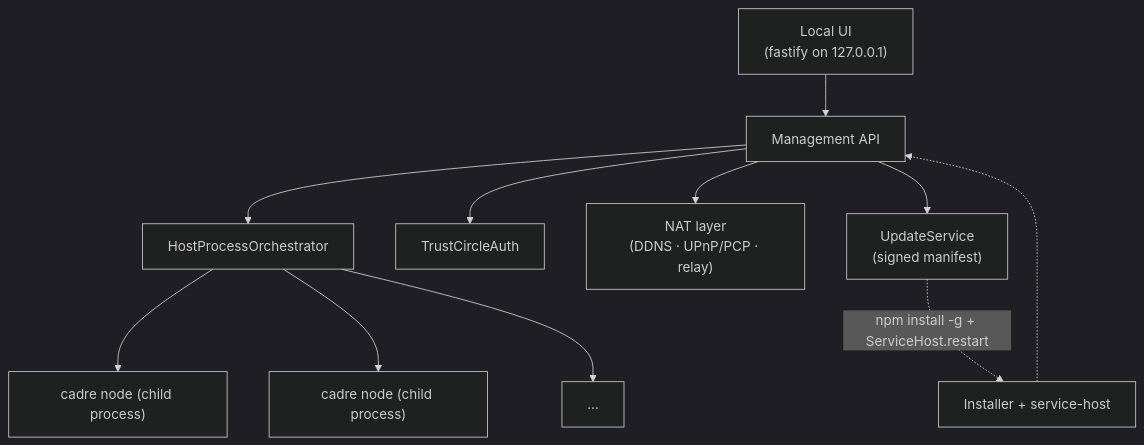
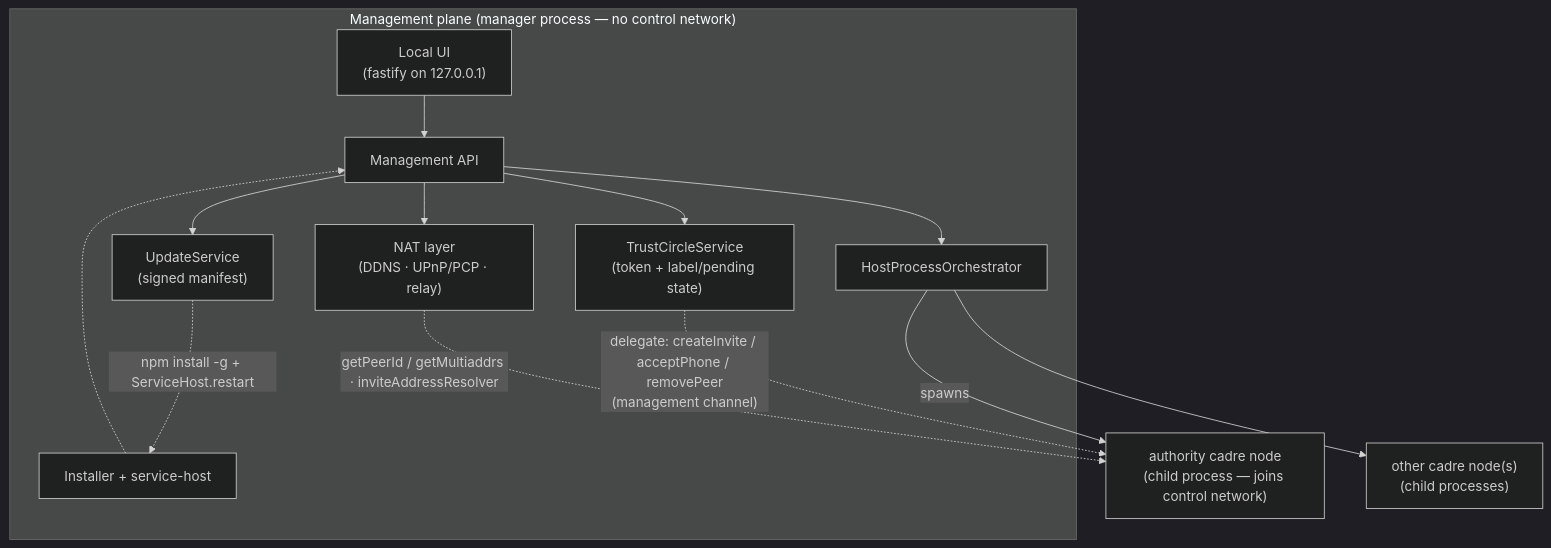
The second of 2 diagrams in docs/cadre-host.md (gotchoices/sereus), drawn with Mermaid (dark theme) before and after one commit. The commit also changed other lines of this file and 11 other files, not shown here.

````diff
--- a/docs/cadre-host.md
+++ b/docs/cadre-host.md
@@ -246,20 +261,23 @@
 ```mermaid
 graph TD
-    UI["Local UI<br/>(fastify on 127.0.0.1)"]
-    Mgmt["Management API"]
-    Orch["HostProcessOrchestrator"]
-    TC["TrustCircleAuth"]
-    NAT["NAT layer<br/>(DDNS · UPnP/PCP · relay)"]
-    Upd["UpdateService<br/>(signed manifest)"]
-    Install["Installer + service-host"]
+    subgraph MP["Management plane (manager process — no control network)"]
+        UI["Local UI<br/>(fastify on 127.0.0.1)"]
+        Mgmt["Management API"]
+        Orch["HostProcessOrchestrator"]
+        TC["TrustCircleService<br/>(token + label/pending state)"]
+        NAT["NAT layer<br/>(DDNS · UPnP/PCP · relay)"]
+        Upd["UpdateService<br/>(signed manifest)"]
+        Install["Installer + service-host"]
+    end
     UI --> Mgmt
     Mgmt --> Orch
     Mgmt --> TC
     Mgmt --> NAT
     Mgmt --> Upd
     Upd -. "npm install -g + ServiceHost.restart" .-> Install
-    Orch --> N1["cadre node (child process)"]
-    Orch --> N2["cadre node (child process)"]
-    Orch --> NN["..."]
+    Orch -->|spawns| AN["authority cadre node<br/>(child process — joins control network)"]
+    Orch --> NN["other cadre node(s)<br/>(child processes)"]
+    TC -. "delegate: createInvite / acceptPhone / removePeer<br/>(management channel)" .-> AN
+    NAT -. "getPeerId / getMultiaddrs · inviteAddressResolver" .-> AN
     Install -.-> Mgmt
 ```
````
